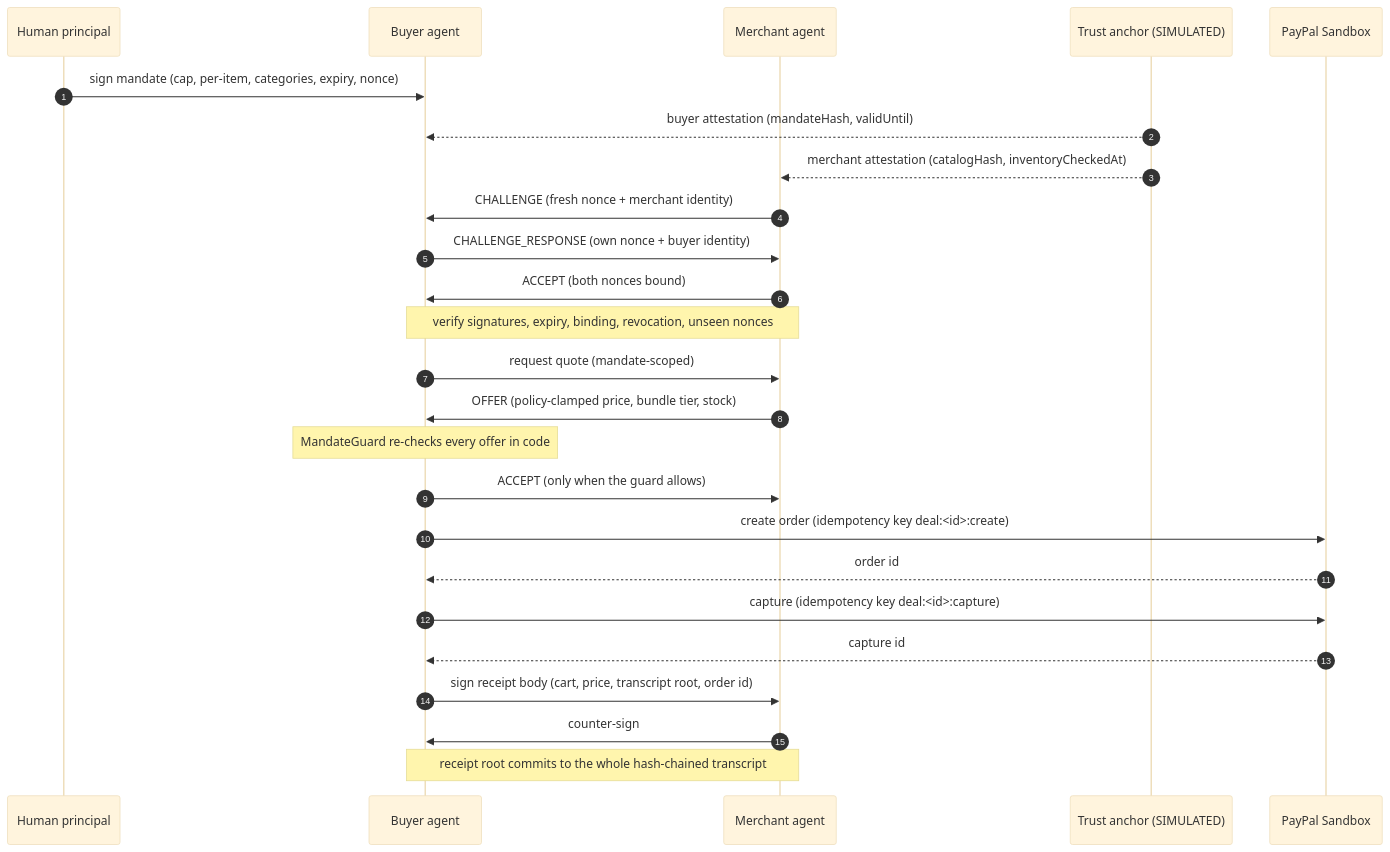
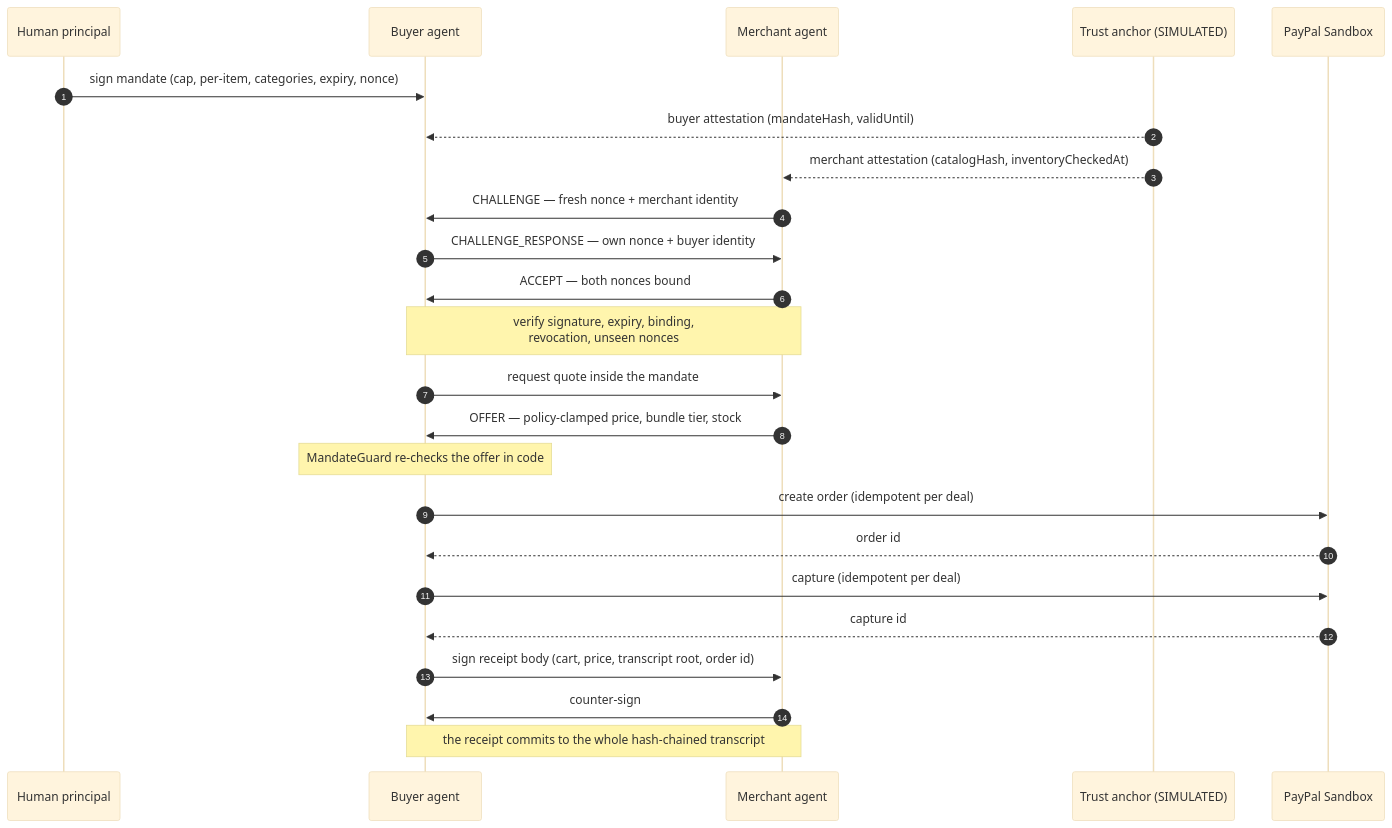
One commit to RHarshith2005/paypal changed the third of 3 diagrams in README.md. Above: the diagram before and after it, drawn with Mermaid (base theme). The commit also changed other lines of this file and 2 other files, not shown here.

````diff
--- a/README.md
+++ b/README.md
@@ -161,28 +272,27 @@
 ```mermaid
 sequenceDiagram
   autonumber
   participant H as Human principal
   participant B as Buyer agent
   participant M as Merchant agent
   participant T as Trust anchor (SIMULATED)
   participant P as PayPal Sandbox
 
   H->>B: sign mandate (cap, per-item, categories, expiry, nonce)
   T-->>B: buyer attestation (mandateHash, validUntil)
   T-->>M: merchant attestation (catalogHash, inventoryCheckedAt)
-  M->>B: CHALLENGE (fresh nonce + merchant identity)
-  B->>M: CHALLENGE_RESPONSE (own nonce + buyer identity)
-  M->>B: ACCEPT (both nonces bound)
-  Note over B,M: verify signatures, expiry, binding, revocation, unseen nonces
-  B->>M: request quote (mandate-scoped)
-  M->>B: OFFER (policy-clamped price, bundle tier, stock)
-  Note over B: MandateGuard re-checks every offer in code
-  B->>M: ACCEPT (only when the guard allows)
-  B->>P: create order (idempotency key deal:<id>:create)
+  M->>B: CHALLENGE — fresh nonce + merchant identity
+  B->>M: CHALLENGE_RESPONSE — own nonce + buyer identity
+  M->>B: ACCEPT — both nonces bound
+  Note over B,M: verify signature, expiry, binding,<br/>revocation, unseen nonces
+  B->>M: request quote inside the mandate
+  M->>B: OFFER — policy-clamped price, bundle tier, stock
+  Note over B: MandateGuard re-checks the offer in code
+  B->>P: create order (idempotent per deal)
   P-->>B: order id
-  B->>P: capture (idempotency key deal:<id>:capture)
+  B->>P: capture (idempotent per deal)
   P-->>B: capture id
   B->>M: sign receipt body (cart, price, transcript root, order id)
   M->>B: counter-sign
-  Note over B,M: receipt root commits to the whole hash-chained transcript
+  Note over B,M: the receipt commits to the whole hash-chained transcript
 ```
````
